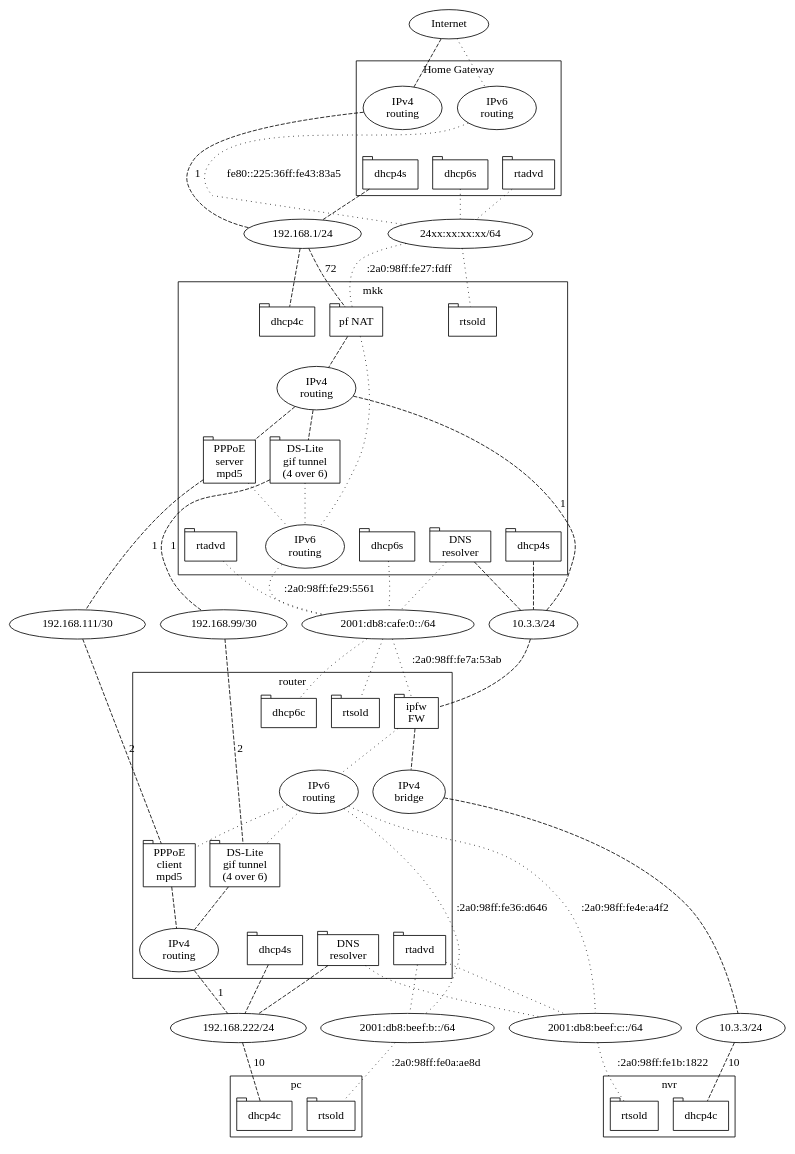
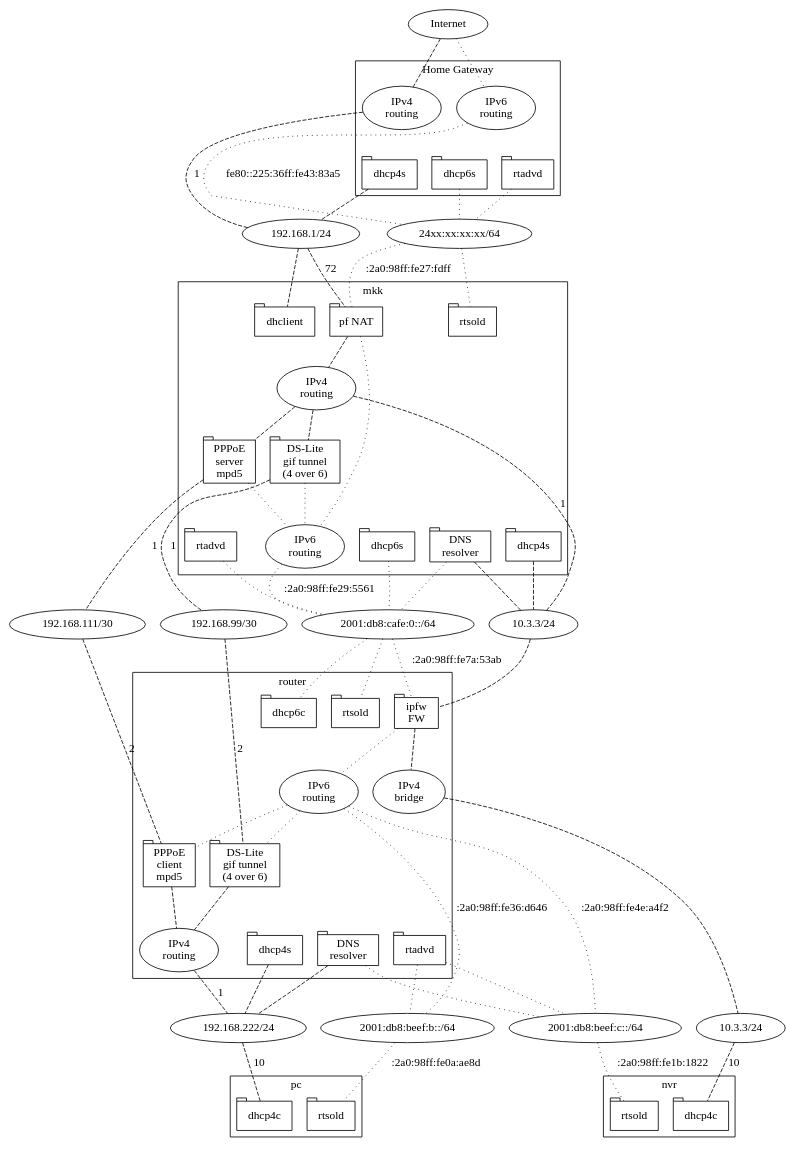
Before and after one commit to motok/NotsKotsMemo: the diagram in FletsLikeNW/img/nw.dot, drawn with Graphviz. The commit also changed 1 other file, not shown here.

Commit message:
mkk use dhclient instead of dhcp4c.

```diff
--- a/FletsLikeNW/img/nw.dot
+++ b/FletsLikeNW/img/nw.dot
@@ -1,149 +1,149 @@
 graph interfaces {
     node [shape="tab"]
 
     internet [shape="oval" label="Internet"]
     subgraph cluster_hgw {
         label="Home Gateway"
         {
             rank="same"
             hgw_routing4 [shape="oval" label="IPv4\nrouting"]
             hgw_routing6 [shape="oval" label="IPv6\nrouting"]
         }
         hgw_routing4 -- hgw_dhcp4s [style="invis"]
         {
             rank="same"
             hgw_dhcp4s [label="dhcp4s"]
             hgw_rtadvd [label="rtadvd"]
             hgw_dhcp6s [label="dhcp6s"]
         }
     }
     lan4 [shape="oval" label="192.168.1/24"]
     lan6 [shape="oval" label="24xx:xx:xx:xx/64"]
     subgraph cluster_mkk {
         label="mkk"
         {
             rank="same"
             mkk_pf [label="pf NAT"]
-            mkk_dhcp4c [label="dhcp4c"]
+            dhclient [label="dhclient"]
             mkk_rtsold [label="rtsold"]
             #mkk_dhcp6c [label="dhcp6c"]
         }
         mkk_routing4 [shape="oval" label="IPv4\nrouting"]
         mkk_routing6 [shape="oval" label="IPv6\nrouting"]
         mkk_routing4 -- mkk_dhcp4s [style="invis"]
         mkk_pppoes [label="PPPoE\nserver\nmpd5"]
 	mkk_dslites [label="DS-Lite\ngif tunnel\n(4 over 6)"]
         {
             rank="same"
             mkk_routing6 -- mkk_rtadvd [style="invis"]
             mkk_dhcp4s [label="dhcp4s"]
             mkk_rtadvd [label="rtadvd"]
             mkk_dhcp6s [label="dhcp6s"]
             mkk_resolver [label="DNS\nresolver"]
         }
     }
     {
         rank="same"
         onu4 [shape="oval" label="10.3.3/24"]
         onu6 [shape="oval" label="2001:db8:cafe:0::/64"]
         pppoe4  [shape="oval" label="192.168.111/30"]
         dslite4 [shape="oval" label="192.168.99/30"]
     }
     subgraph cluster_router { label="router"
         {
             rank="same"
             rt_ipfw [label="ipfw\nFW"]
             rt_rtsold [label="rtsold"]
             rt_dhcp6c [label="dhcp6c"]
         }
         rt_routing6 [shape="oval" label="IPv6\nrouting"]
         rt_bridge4 [shape="oval" label="IPv4\nbridge"]
         rt_pppoec [label="PPPoE\nclient\nmpd5"]
         rt_dslitec [label="DS-Lite\ngif tunnel\n(4 over 6)"]
         rt_routing4 -- rt_dhcp4s [style="invis"]
         {
             rank="same"
             rt_routing4 [shape="oval" label="IPv4\nrouting"]
             rt_dhcp4s [label="dhcp4s"]
             rt_rtadvd [label="rtadvd"]
             rt_resolver [label="DNS\nresolver"]
         }
     }
     {
         rank="same"
         pc4 [shape="oval" label="192.168.222/24"]
         pc6 [shape="oval" label="2001:db8:beef:b::/64"]
         nvr4 [shape="oval" label="10.3.3/24"]
         nvr6 [shape="oval" label="2001:db8:beef:c::/64"]
     }
     subgraph cluster_pc { label="pc"
         pc_dhcp4c [label="dhcp4c"]
         pc_rtsold [label="rtsold"]
     }
     subgraph cluster_nvr { label="nvr"
         nvr_dhcp4c [label="dhcp4c"]
         nvr_rtsold [label="rtsold"]
     }
 
     {
         edge [style="dashed"]
         internet -- hgw_routing4
         hgw_routing4 -- lan4 [label="1"]
         hgw_dhcp4s -- lan4
 
         lan4 -- mkk_pf [label="72"]
-        lan4 -- mkk_dhcp4c
+        lan4 -- dhclient
         mkk_pf -- mkk_routing4
         mkk_routing4 -- mkk_pppoes
         mkk_pppoes -- pppoe4 [label="1"]
         mkk_routing4 -- mkk_dslites
         mkk_dslites -- dslite4 [label="1"]
         mkk_routing4 -- onu4 [label="1"]
         mkk_dhcp4s -- onu4
         mkk_resolver -- onu4
 
         onu4 -- rt_ipfw 
         rt_ipfw -- rt_bridge4
         rt_routing4 -- pc4 [label="1"]
         rt_bridge4 -- nvr4
         pppoe4 -- rt_pppoec [label="2"]
         rt_pppoec -- rt_routing4
         dslite4 -- rt_dslitec [label="2"]
         rt_dslitec -- rt_routing4
         rt_dhcp4s -- pc4
         rt_resolver -- pc4
         pc4 -- pc_dhcp4c [label="10"]
         nvr4 -- nvr_dhcp4c [label="10"]
     }
 
     { # IPv6
         edge [style="dotted"]
         internet -- hgw_routing6
         hgw_routing6 -- lan6 [label="fe80::225:36ff:fe43:83a5"]
         hgw_rtadvd -- lan6
         hgw_dhcp6s -- lan6
         lan6 -- mkk_rtsold
         #lan6 -- mkk_dhcp6c
         lan6 -- mkk_pf [label=":2a0:98ff:fe27:fdff"]
         mkk_pf -- mkk_routing6
         mkk_pppoes -- mkk_routing6
         mkk_dslites -- mkk_routing6
         mkk_routing6 -- onu6 [label=":2a0:98ff:fe29:5561"]
         mkk_rtadvd -- onu6
         mkk_dhcp6s -- onu6
         mkk_resolver -- onu6
         onu6 -- rt_ipfw [label=":2a0:98ff:fe7a:53ab"]
         onu6 -- rt_rtsold
         onu6 -- rt_dhcp6c
         rt_routing6 -- rt_pppoec
         rt_routing6 -- rt_dslitec
         rt_ipfw -- rt_routing6
         rt_routing6 -- pc6 [label=":2a0:98ff:fe36:d646"]
         rt_routing6 -- nvr6 [label=":2a0:98ff:fe4e:a4f2"]
         rt_rtadvd -- pc6
         rt_rtadvd -- nvr6
         rt_resolver -- nvr6
         pc6 -- pc_rtsold [label=":2a0:98ff:fe0a:ae8d"]
         nvr6 -- nvr_rtsold [label=":2a0:98ff:fe1b:1822"]
     }
 }
```
